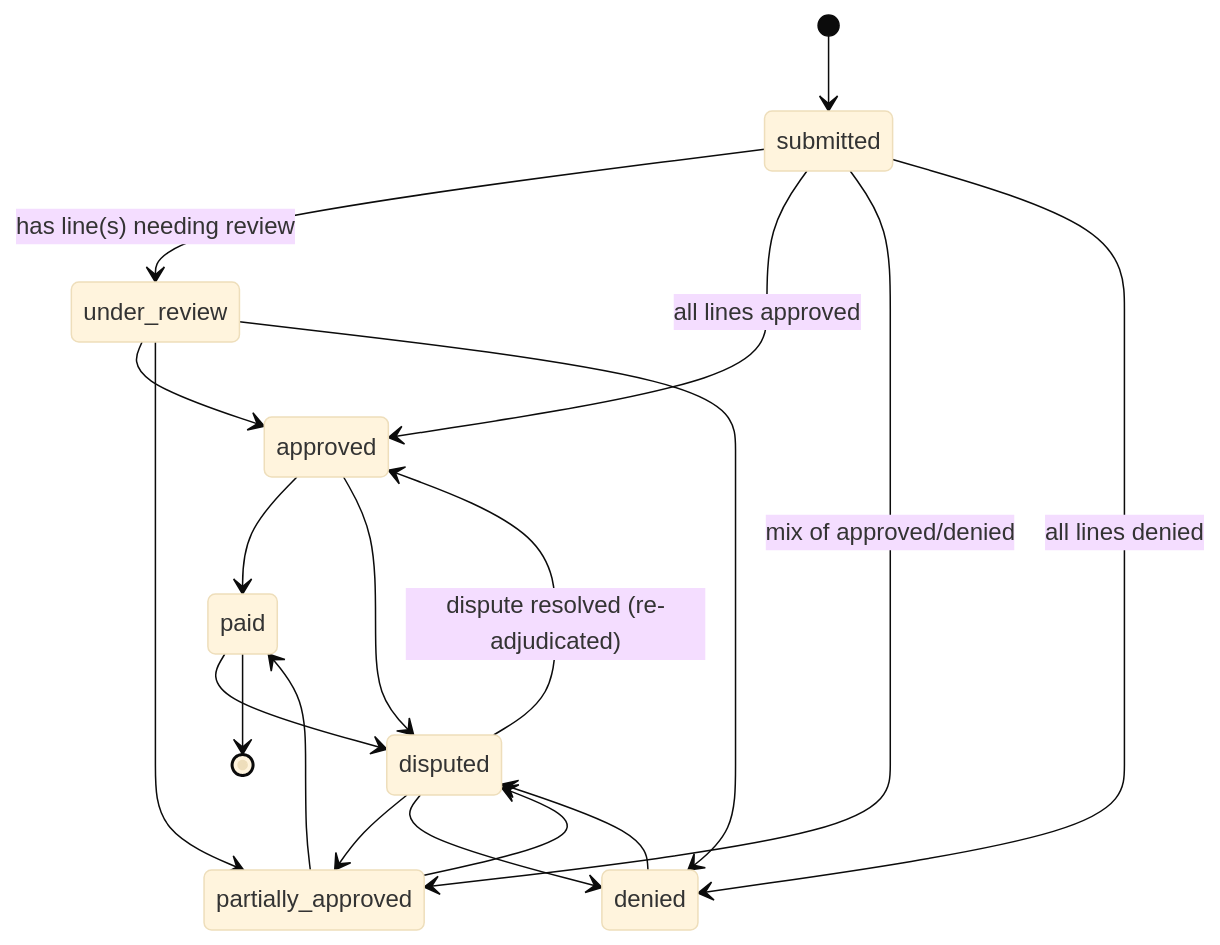
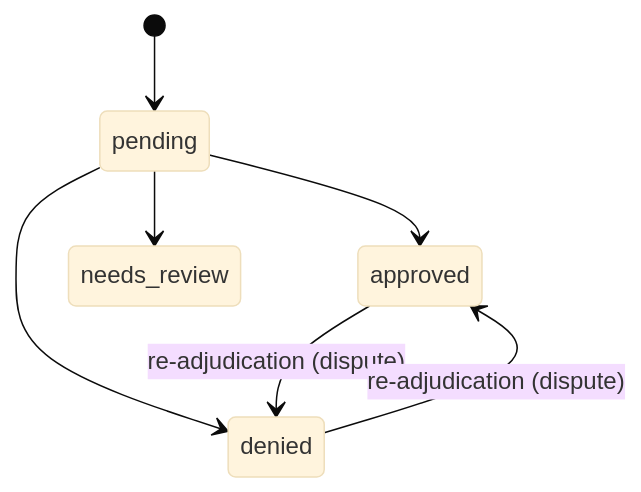
Before and after one commit to Saurav02022/claims-processing-system: the second of 3 diagrams in backend/docs/domain-model.md, drawn with Mermaid (base theme). The commit also changed other lines of this file and 2 other files, not shown here.

First line of the commit message:
docs: recreate domain-model, decisions, and self-review from current code

````diff
--- a/backend/docs/domain-model.md
+++ b/backend/docs/domain-model.md
@@ -168,21 +142,9 @@
 ```mermaid
 stateDiagram-v2
-    [*] --> submitted
-    submitted --> under_review : has line(s) needing review
-    submitted --> approved : all lines approved
-    submitted --> partially_approved : mix of approved/denied
-    submitted --> denied : all lines denied
-    under_review --> approved
-    under_review --> partially_approved
-    under_review --> denied
-    approved --> paid
-    partially_approved --> paid
-    approved --> disputed
-    partially_approved --> disputed
-    denied --> disputed
-    paid --> disputed
-    disputed --> approved : dispute resolved (re-adjudicated)
-    disputed --> partially_approved
-    disputed --> denied
-    paid --> [*]
+    [*] --> pending
+    pending --> approved
+    pending --> denied
+    pending --> needs_review
+    approved --> denied : re-adjudication (dispute)
+    denied --> approved : re-adjudication (dispute)
 ```
````
